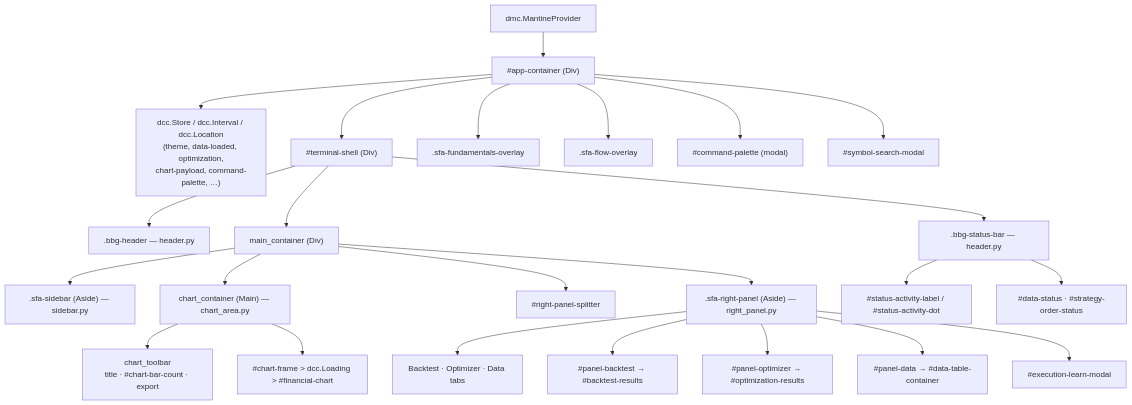
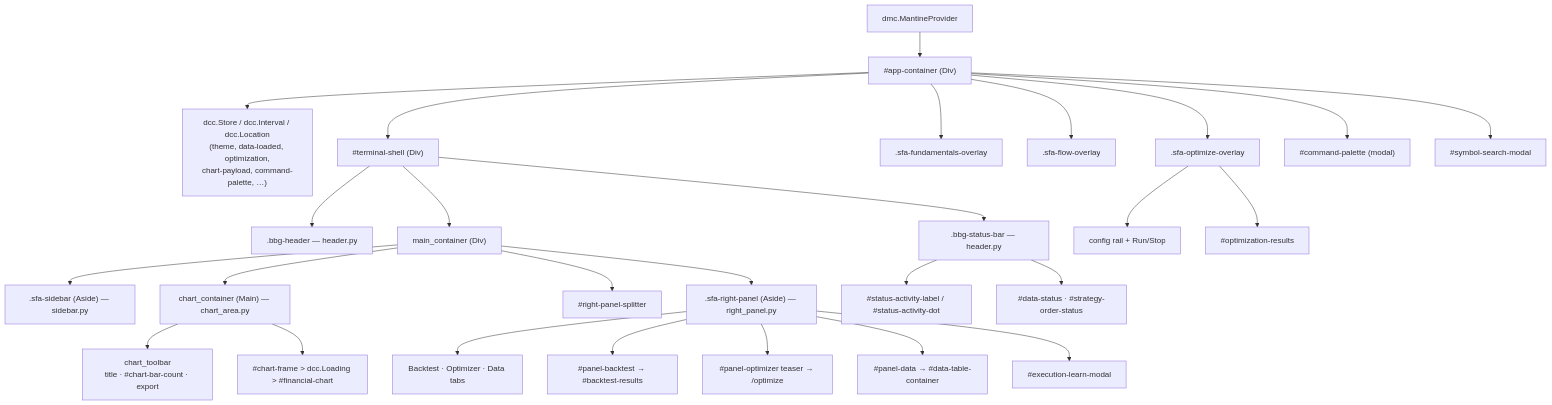
Before and after one commit to Noeinkan/F2_SearchForAlpha_lab: the diagram in docs/ui-architecture.md, drawn with Mermaid. The commit also changed other lines of this file and 31 other files, not shown here.

First line of the commit message:
feat(dash): enhance optimizer panel and routing features

````diff
--- a/docs/ui-architecture.md
+++ b/docs/ui-architecture.md
@@ -14,31 +14,35 @@
 ```mermaid
 graph TD
     MP[dmc.MantineProvider] --> APP["#app-container (Div)"]
     APP --> STORES["dcc.Store / dcc.Interval / dcc.Location<br/>(theme, data-loaded, optimization,<br/>chart-payload, command-palette, …)"]
     APP --> SHELL["#terminal-shell (Div)"]
     APP --> FOV[".sfa-fundamentals-overlay"]
     APP --> FLOW[".sfa-flow-overlay"]
+    APP --> OPTWS[".sfa-optimize-overlay"]
     APP --> PALETTE["#command-palette (modal)"]
     APP --> SYMSEARCH["#symbol-search-modal"]
 
     SHELL --> HEADER[".bbg-header — header.py"]
     SHELL --> MAIN["main_container (Div)"]
     SHELL --> STATUS[".bbg-status-bar — header.py"]
 
     MAIN --> SIDEBAR[".sfa-sidebar (Aside) — sidebar.py"]
     MAIN --> CHART["chart_container (Main) — chart_area.py"]
     MAIN --> SPLIT["#right-panel-splitter"]
     MAIN --> RIGHT[".sfa-right-panel (Aside) — right_panel.py"]
 
     CHART --> TOOLBAR["chart_toolbar<br/>title · #chart-bar-count · export"]
     CHART --> FRAME["#chart-frame > dcc.Loading > #financial-chart"]
 
     RIGHT --> TABS["Backtest · Optimizer · Data tabs"]
     RIGHT --> BT["#panel-backtest → #backtest-results"]
-    RIGHT --> OPT["#panel-optimizer → #optimization-results"]
+    RIGHT --> OPT["#panel-optimizer teaser → /optimize"]
     RIGHT --> DATA["#panel-data → #data-table-container"]
     RIGHT --> EXEC["#execution-learn-modal"]
+
+    OPTWS --> OPTCFG["config rail + Run/Stop"]
+    OPTWS --> OPTRES["#optimization-results"]
 
     STATUS --> ACT["#status-activity-label / #status-activity-dot"]
     STATUS --> DS["#data-status · #strategy-order-status"]
 ```
````
